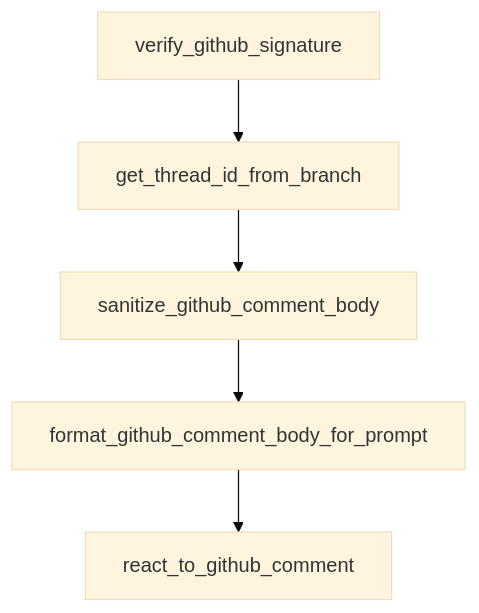
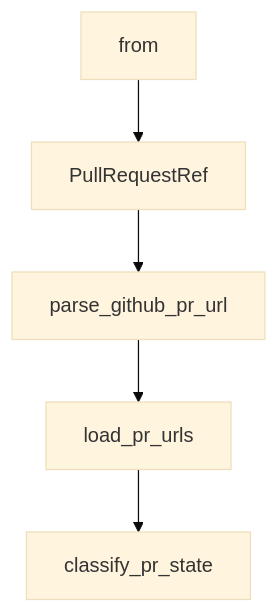
The diagram in tutorials/open-swe-tutorial/01-getting-started-and-project-status.md (johnxie/awesome-code-docs), drawn with Mermaid (base theme) before and after one commit. The commit also changed other lines of this file and 1232 other files, not shown here.

````diff
--- a/tutorials/open-swe-tutorial/01-getting-started-and-project-status.md
+++ b/tutorials/open-swe-tutorial/01-getting-started-and-project-status.md
@@ -210,12 +206,12 @@
 ```mermaid
 flowchart TD
-    A[verify_github_signature]
-    B[get_thread_id_from_branch]
-    C[sanitize_github_comment_body]
-    D[format_github_comment_body_for_prompt]
-    E[react_to_github_comment]
+    A[from]
+    B[PullRequestRef]
+    C[parse_github_pr_url]
+    D[load_pr_urls]
+    E[classify_pr_state]
     A --> B
     B --> C
     C --> D
     D --> E
 ```
````
